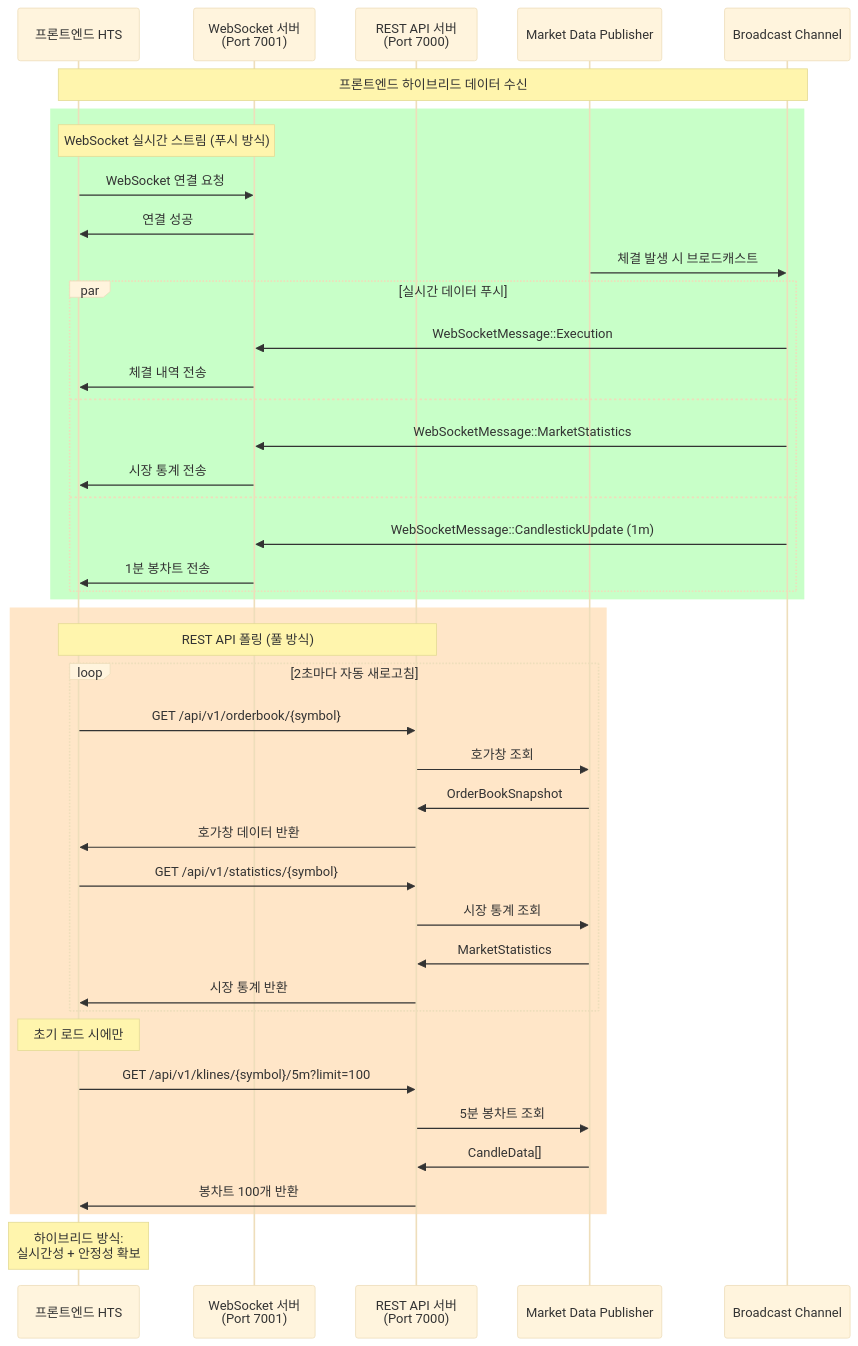
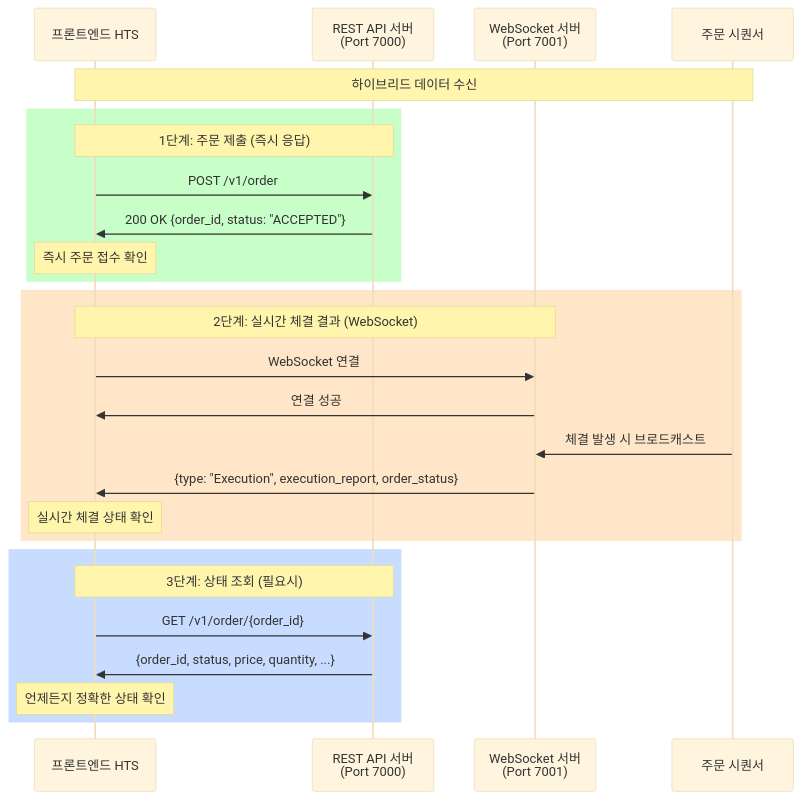
Before and after one commit to blockbit-hama/xTrader: the sixth of 10 diagrams in docs/flow.md, drawn with Mermaid (base theme). The commit also changed other lines of this file and 6 other files, not shown here.

First line of the commit message:
feat: 하이브리드 주문 처리 방식 구현 및 WebSocket 알림 중복 제거

````diff
--- a/docs/flow.md
+++ b/docs/flow.md
@@ -254,56 +192,33 @@
 ```mermaid
 sequenceDiagram
     participant HTS as 프론트엔드 HTS
+    participant API as REST API 서버<br/>(Port 7000)
     participant WS as WebSocket 서버<br/>(Port 7001)
-    participant API as REST API 서버<br/>(Port 7000)
-    participant MDP as Market Data Publisher
-    participant Broadcast as Broadcast Channel
+    participant Sequencer as 주문 시퀀서
 
-    Note over HTS,Broadcast: 프론트엔드 하이브리드 데이터 수신
+    Note over HTS,Sequencer: 하이브리드 데이터 수신
 
     rect rgb(200, 255, 200)
-        Note over HTS,WS: WebSocket 실시간 스트림 (푸시 방식)
-
-        HTS->>WS: WebSocket 연결 요청
-        WS->>HTS: 연결 성공
-
-        MDP->>Broadcast: 체결 발생 시 브로드캐스트
-
-        par 실시간 데이터 푸시
-            Broadcast->>WS: WebSocketMessage::Execution
-            WS->>HTS: 체결 내역 전송
-
-        and
-            Broadcast->>WS: WebSocketMessage::MarketStatistics
-            WS->>HTS: 시장 통계 전송
-
-        and
-            Broadcast->>WS: WebSocketMessage::CandlestickUpdate (1m)
-            WS->>HTS: 1분 봉차트 전송
-        end
+        Note over HTS,API: 1단계: 주문 제출 (즉시 응답)
+        HTS->>API: POST /v1/order
+        API->>HTS: 200 OK {order_id, status: "ACCEPTED"}
+        Note over HTS: 즉시 주문 접수 확인
     end
 
     rect rgb(255, 230, 200)
-        Note over HTS,API: REST API 폴링 (풀 방식)
-
-        loop 2초마다 자동 새로고침
-            HTS->>API: GET /api/v1/orderbook/{symbol}
-            API->>MDP: 호가창 조회
-            MDP->>API: OrderBookSnapshot
-            API->>HTS: 호가창 데이터 반환
-
-            HTS->>API: GET /api/v1/statistics/{symbol}
-            API->>MDP: 시장 통계 조회
-            MDP->>API: MarketStatistics
-            API->>HTS: 시장 통계 반환
-        end
-
-        Note over HTS: 초기 로드 시에만
-        HTS->>API: GET /api/v1/klines/{symbol}/5m?limit=100
-        API->>MDP: 5분 봉차트 조회
-        MDP->>API: CandleData[]
-        API->>HTS: 봉차트 100개 반환
+        Note over HTS,WS: 2단계: 실시간 체결 결과 (WebSocket)
+        HTS->>WS: WebSocket 연결
+        WS->>HTS: 연결 성공
+        
+        Sequencer->>WS: 체결 발생 시 브로드캐스트
+        WS->>HTS: {type: "Execution", execution_report, order_status}
+        Note over HTS: 실시간 체결 상태 확인
     end
 
-    Note over HTS: 하이브리드 방식:<br/>실시간성 + 안정성 확보
+    rect rgb(200, 220, 255)
+        Note over HTS,API: 3단계: 상태 조회 (필요시)
+        HTS->>API: GET /v1/order/{order_id}
+        API->>HTS: {order_id, status, price, quantity, ...}
+        Note over HTS: 언제든지 정확한 상태 확인
+    end
 ```
````
